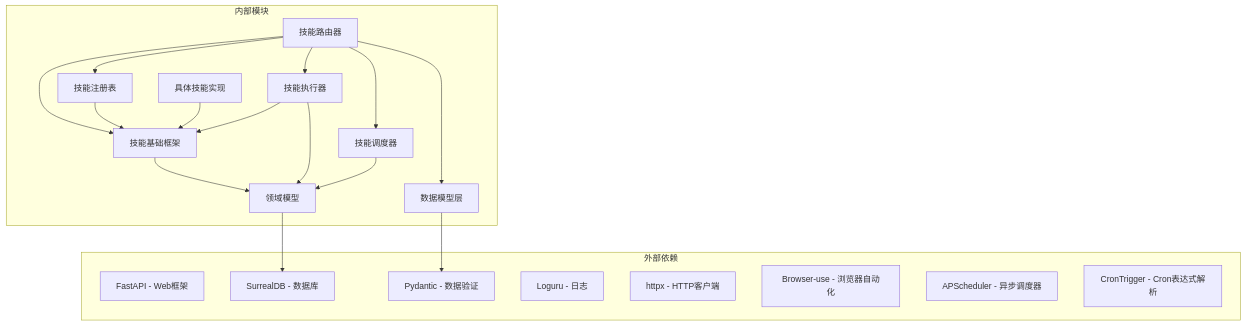
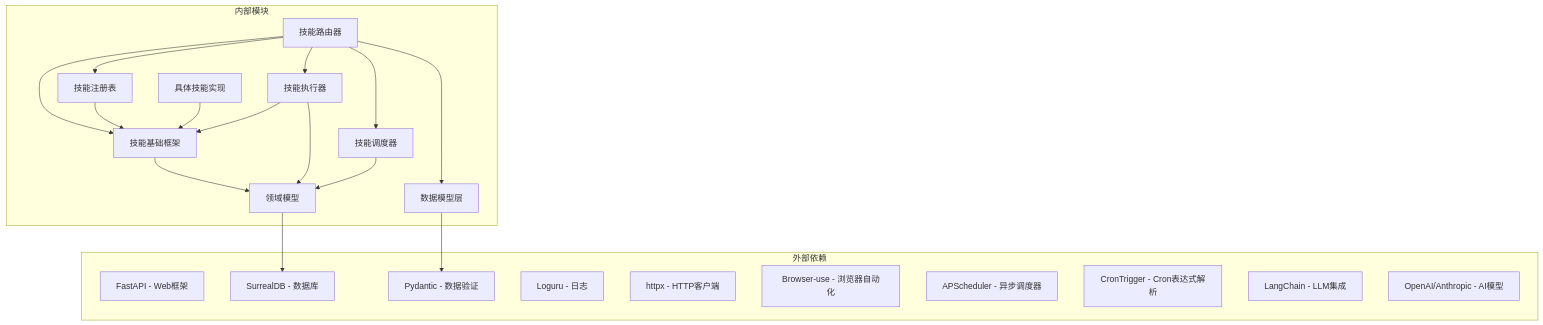
One commit to jackeyunjie/open-notebook changed diagram 16 of 16 in .qoder/repowiki/zh/content/API参考文档/技能系统API.md. Above: the diagram before and after it, drawn with Mermaid. The commit also changed other lines of this file and 11 other files, not shown here.

````diff
--- a/.qoder/repowiki/zh/content/API参考文档/技能系统API.md
+++ b/.qoder/repowiki/zh/content/API参考文档/技能系统API.md
@@ -783,36 +946,38 @@
 ```mermaid
 graph TB
 subgraph "外部依赖"
 A[FastAPI - Web框架]
 B[Pydantic - 数据验证]
 C[SurrealDB - 数据库]
 D[Loguru - 日志]
 E[httpx - HTTP客户端]
 F[Browser-use - 浏览器自动化]
 G[APScheduler - 异步调度器]
 H[CronTrigger - Cron表达式解析]
+I[LangChain - LLM集成]
+J[OpenAI/Anthropic - AI模型]
 end
 subgraph "内部模块"
-I[技能路由器]
-J[技能基础框架]
-K[技能注册表]
-L[技能执行器]
-M[技能调度器]
-N[领域模型]
-O[具体技能实现]
-P[数据模型层]
+K[技能路由器]
+L[技能基础框架]
+M[技能注册表]
+N[技能执行器]
+O[技能调度器]
+P[领域模型]
+Q[具体技能实现]
+R[数据模型层]
 end
-I --> J
-I --> K
-I --> L
-I --> M
-I --> P
-J --> N
-K --> J
-L --> J
-L --> N
-M --> N
-O --> J
-N --> C
-P --> B
+K --> L
+K --> M
+K --> N
+K --> O
+K --> R
+L --> P
+M --> L
+N --> L
+N --> P
+O --> P
+Q --> L
+P --> C
+R --> B
 ```
````
